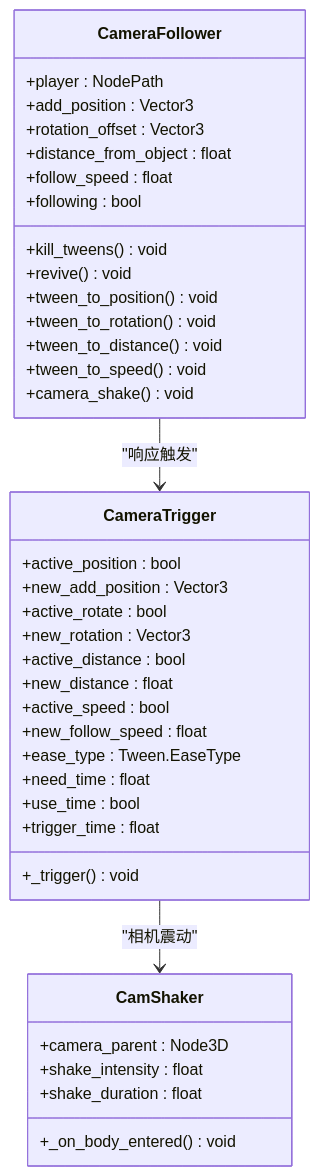
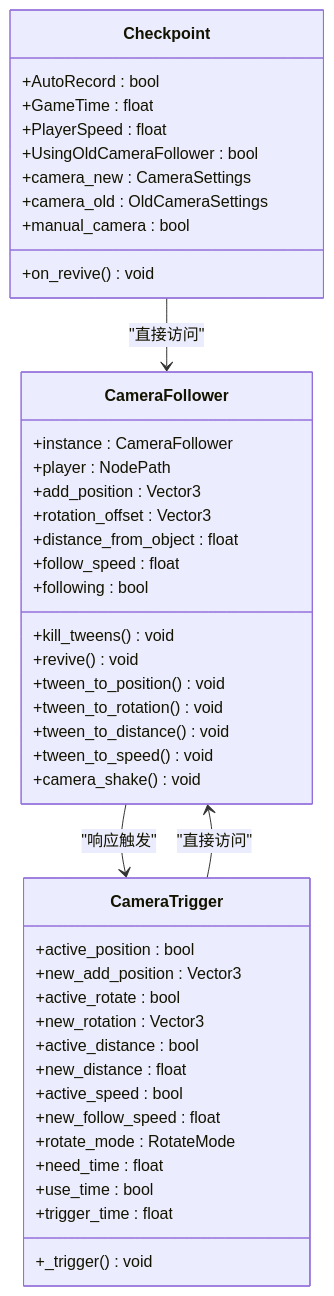
Before and after one commit to godotline/godot-line: the second of 11 diagrams in .qoder/repowiki/zh/content/Game Manager.md, drawn with Mermaid. The commit also changed other lines of this file and 13 other files, not shown here.

````diff
--- a/.qoder/repowiki/zh/content/Game Manager.md
+++ b/.qoder/repowiki/zh/content/Game Manager.md
@@ -162,41 +114,47 @@
 ```mermaid
 classDiagram
 class CameraFollower {
++instance : CameraFollower
 +player : NodePath
 +add_position : Vector3
 +rotation_offset : Vector3
 +distance_from_object : float
 +follow_speed : float
 +following : bool
 +kill_tweens() void
 +revive() void
 +tween_to_position() void
 +tween_to_rotation() void
 +tween_to_distance() void
 +tween_to_speed() void
 +camera_shake() void
 }
 class CameraTrigger {
 +active_position : bool
 +new_add_position : Vector3
 +active_rotate : bool
 +new_rotation : Vector3
 +active_distance : bool
 +new_distance : float
 +active_speed : bool
 +new_follow_speed : float
-+ease_type : Tween.EaseType
++rotate_mode : RotateMode
 +need_time : float
 +use_time : bool
 +trigger_time : float
 +_trigger() void
 }
-class CamShaker {
-+camera_parent : Node3D
-+shake_intensity : float
-+shake_duration : float
-+_on_body_entered() void
+class Checkpoint {
++AutoRecord : bool
++GameTime : float
++PlayerSpeed : float
++UsingOldCameraFollower : bool
++camera_new : CameraSettings
++camera_old : OldCameraSettings
++manual_camera : bool
++on_revive() void
 }
 CameraFollower --> CameraTrigger : "响应触发"
-CameraTrigger --> CamShaker : "相机震动"
+CameraTrigger --> CameraFollower : "直接访问"
+Checkpoint --> CameraFollower : "直接访问"
 ```
````
